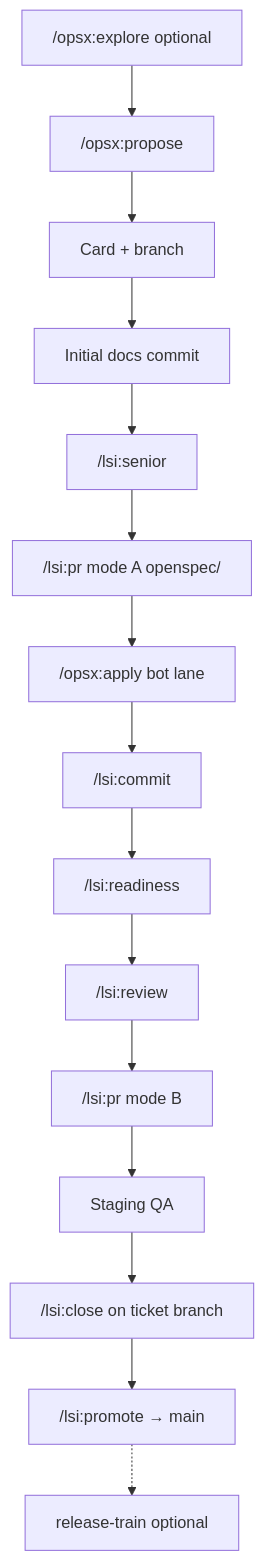
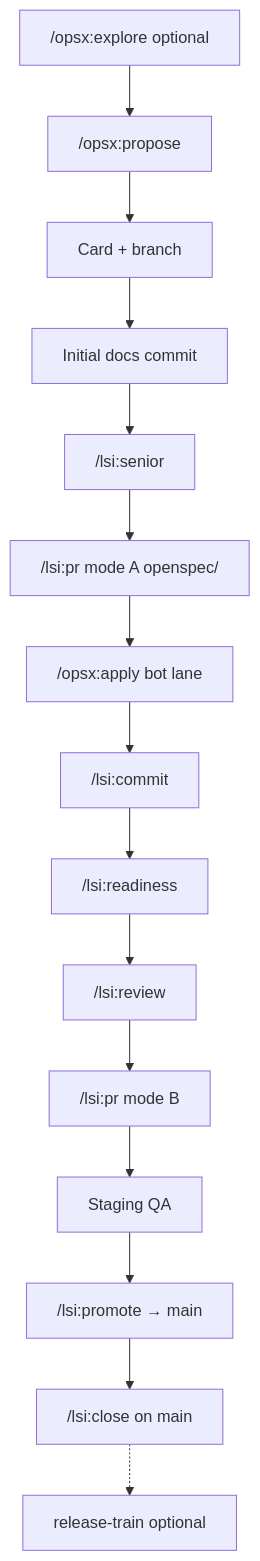
Before and after one commit to osuarez1/cursor-dev-workflows: the diagram in .claude/commands/lsi/help.md, drawn with Mermaid. The commit also changed other lines of this file and 15 other files, not shown here.

First line of the commit message:
fix(lifecycle): require /lsi:close on main after promote

````diff
--- a/.claude/commands/lsi/help.md
+++ b/.claude/commands/lsi/help.md
@@ -100,32 +100,32 @@
 ```mermaid
 flowchart TD
   explore["/opsx:explore optional"]
   propose["/opsx:propose"]
   card["Card + branch"]
   docsCommit["Initial docs commit"]
   senior["/lsi:senior"]
   prA["/lsi:pr mode A openspec/"]
   apply["/opsx:apply bot lane"]
   commit["/lsi:commit"]
   readiness["/lsi:readiness"]
   review["/lsi:review"]
   prB["/lsi:pr mode B"]
   stagingQA["Staging QA"]
-  closeTicket["/lsi:close on ticket branch"]
   promote["/lsi:promote → main"]
+  closeMain["/lsi:close on main"]
   release["release-train optional"]
   explore --> propose
   propose --> card
   card --> docsCommit
   docsCommit --> senior
   senior --> prA
   prA --> apply
   apply --> commit
   commit --> readiness
   readiness --> review
   review --> prB
   prB --> stagingQA
-  stagingQA --> closeTicket
-  closeTicket --> promote
-  promote -.-> release
+  stagingQA --> promote
+  promote --> closeMain
+  closeMain -.-> release
 ```
````
